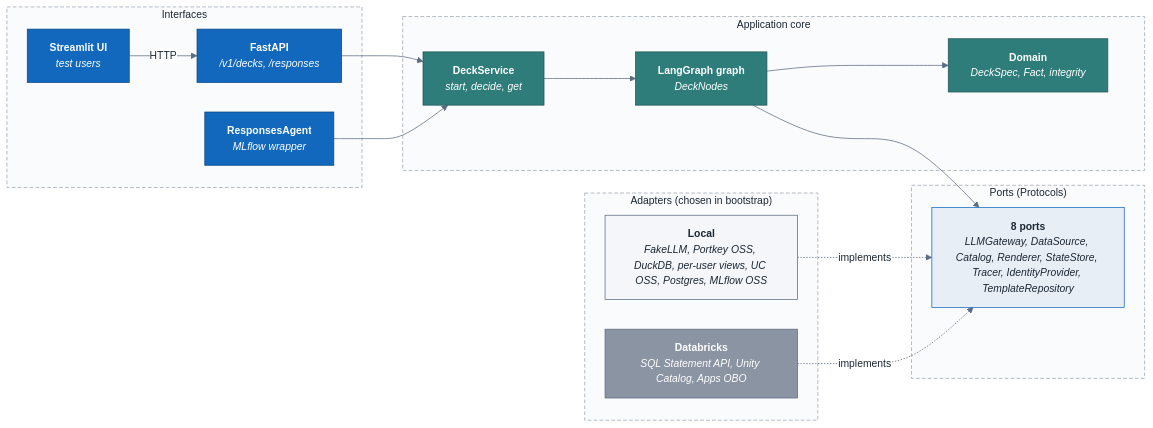
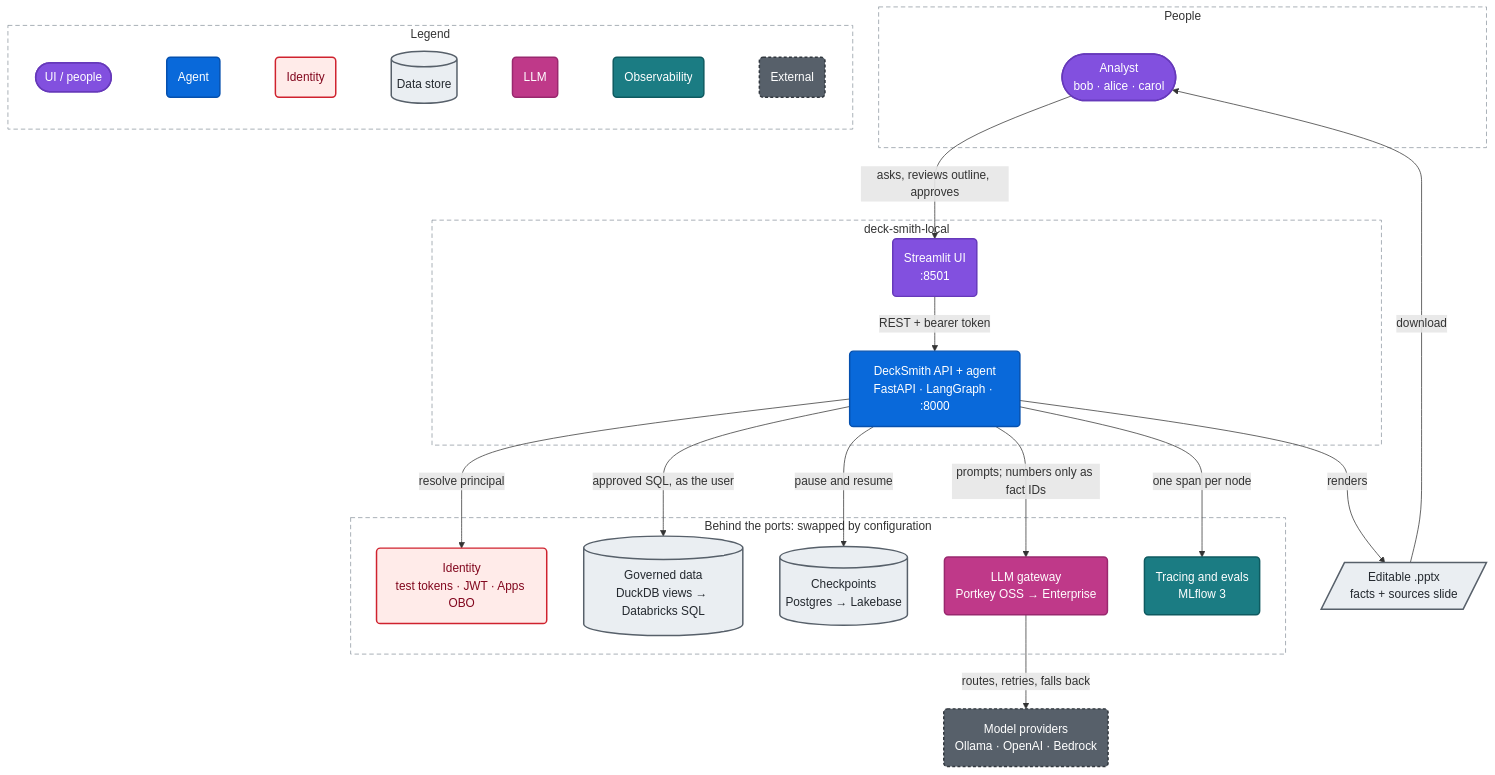
One commit to santoshshinde2012/deck-smith-local changed the first of 7 diagrams in ARCHITECTURE.md. Above: the diagram before and after it, drawn with Mermaid. The commit also changed other lines of this file and 9 other files, not shown here.

First line of the commit message:
docs: rewrite README and architecture diagrams with one semantic palette

````diff
--- a/ARCHITECTURE.md
+++ b/ARCHITECTURE.md
@@ -19,51 +41,56 @@
 ```mermaid
-%%{init: {"theme": "base", "fontFamily": "Helvetica, Arial, DejaVu Sans, sans-serif", "themeVariables": {"fontFamily": "Helvetica, Arial, DejaVu Sans, sans-serif", "fontSize": "14px", "primaryColor": "#F4F6F9", "primaryTextColor": "#1B2733", "primaryBorderColor": "#5B6B82", "lineColor": "#5B6B82", "clusterBkg": "#FAFBFC", "clusterBorder": "#9AA5B1", "edgeLabelBackground": "#FFFFFF"}, "flowchart": {"curve": "basis", "nodeSpacing": 40, "rankSpacing": 55}}}%%
-%% diagram: dsl-hexagon
-%% caption: Interfaces call the application core, which depends only on ports; local and Databricks adapters implement the same ports.
-flowchart LR
+%% diagram: system-context
+%% caption: System context. Analysts talk to the UI; the agent reaches governed data, models, state and tracing only through its ports.
+flowchart TB
+  subgraph PEOPLE["People"]
+    AN(["Analyst<br/>bob · alice · carol"]):::ui
+  end
 
-  subgraph IF["Interfaces"]
-    API["`**FastAPI**
-    _/v1/decks, /responses_`"]:::app
-    RA["`**ResponsesAgent**
-    _MLflow wrapper_`"]:::app
-    UI["`**Streamlit UI**
-    _test users_`"]:::app
+  subgraph SYS["deck-smith-local"]
+    UI("Streamlit UI<br/>:8501"):::ui
+    API("DeckSmith API + agent<br/>FastAPI · LangGraph · :8000"):::app
   end
-  subgraph CORE["Application core"]
-    SVC["`**DeckService**
-    _start, decide, get_`"]:::agent
-    G["`**LangGraph graph**
-    _DeckNodes_`"]:::agent
-    DOM["`**Domain**
-    _DeckSpec, Fact, integrity_`"]:::agent
+
+  subgraph DEPS["Behind the ports: swapped by configuration"]
+    IDP("Identity<br/>test tokens · JWT · Apps OBO"):::sec
+    DATA[("Governed data<br/>DuckDB views → Databricks SQL")]:::store
+    STATE[("Checkpoints<br/>Postgres → Lakebase")]:::store
+    GW("LLM gateway<br/>Portkey OSS → Enterprise"):::llm
+    OBS("Tracing and evals<br/>MLflow 3"):::obs
   end
-  subgraph PORTS["Ports (Protocols)"]
-    P["`**8 ports**
-    _LLMGateway, DataSource, Catalog, Renderer, StateStore, Tracer, IdentityProvider, TemplateRepository_`"]:::infra
+
+  MODELS("Model providers<br/>Ollama · OpenAI · Bedrock"):::ext
+  DECK[/"Editable .pptx<br/>facts + sources slide"/]:::store
+
+  AN -->|asks, reviews outline, approves| UI
+  UI -->|REST + bearer token| API
+  API -->|resolve principal| IDP
+  API -->|approved SQL, as the user| DATA
+  API -->|pause and resume| STATE
+  API -->|prompts; numbers only as fact IDs| GW
+  GW -->|routes, retries, falls back| MODELS
+  API -->|one span per node| OBS
+  API -->|renders| DECK
+  DECK -->|download| AN
+
+  subgraph LEGEND["Legend"]
+    direction LR
+    K1(["UI / people"]):::ui ~~~ K2("Agent"):::app ~~~ K3("Identity"):::sec ~~~ K4[("Data store")]:::store ~~~ K5("LLM"):::llm ~~~ K6("Observability"):::obs ~~~ K7("External"):::ext
   end
-  subgraph AD["Adapters (chosen in bootstrap)"]
-    LOC["`**Local**
-    _FakeLLM, Portkey OSS, DuckDB, per-user views, UC OSS, Postgres, MLflow OSS_`"]:::data
-    DBX["`**Databricks**
-    _SQL Statement API, Unity Catalog, Apps OBO_`"]:::external
-  end
-  API --> SVC
-  RA --> SVC
-  UI -->|HTTP| API
-  SVC --> G --> DOM
-  G --> P
-  LOC -. implements .-> P
-  DBX -. implements .-> P
-  classDef person fill:#08427B,stroke:#052E56,color:#FFFFFF
-  classDef app fill:#1168BD,stroke:#0B4884,color:#FFFFFF
-  classDef agent fill:#2E7D7A,stroke:#1F5654,color:#FFFFFF
-  classDef data fill:#F4F6F9,stroke:#5B6B82,color:#1B2733
-  classDef external fill:#8A94A3,stroke:#5B6B82,color:#FFFFFF
-  classDef security fill:#FFF4E5,stroke:#C77700,color:#1B2733
-  classDef infra fill:#E8EEF6,stroke:#1168BD,color:#1B2733
-  style IF fill:#FAFBFC,stroke:#9AA5B1,stroke-width:1px,stroke-dasharray:5 3,color:#1B2733
-  style CORE fill:#FAFBFC,stroke:#9AA5B1,stroke-width:1px,stroke-dasharray:5 3,color:#1B2733
-  style PORTS fill:#FAFBFC,stroke:#9AA5B1,stroke-width:1px,stroke-dasharray:5 3,color:#1B2733
-  style AD fill:#FAFBFC,stroke:#9AA5B1,stroke-width:1px,stroke-dasharray:5 3,color:#1B2733
+
+  classDef ui fill:#8250DF,stroke:#6639BA,stroke-width:2px,color:#FFFFFF
+  classDef app fill:#0969DA,stroke:#0550AE,stroke-width:2px,color:#FFFFFF
+  classDef core fill:#1A7F37,stroke:#116329,stroke-width:2px,color:#FFFFFF
+  classDef port fill:#FFF8C5,stroke:#9A6700,stroke-width:2px,color:#3B2300
+  classDef local fill:#DDF4FF,stroke:#0969DA,stroke-width:2px,color:#0A3069
+  classDef dbx fill:#FFF1E5,stroke:#BC4C00,stroke-width:2px,color:#762C00
+  classDef store fill:#EAEEF2,stroke:#57606A,stroke-width:2px,color:#24292F
+  classDef llm fill:#BF3989,stroke:#99286E,stroke-width:2px,color:#FFFFFF
+  classDef obs fill:#1B7C83,stroke:#0E5A60,stroke-width:2px,color:#FFFFFF
+  classDef ext fill:#57606A,stroke:#32383F,stroke-width:2px,color:#FFFFFF,stroke-dasharray:4 3
+  classDef sec fill:#FFEBE9,stroke:#CF222E,stroke-width:2px,color:#82071E
+  style PEOPLE fill:transparent,stroke:#8C959F,stroke-width:1px,stroke-dasharray:6 4
+  style SYS fill:transparent,stroke:#8C959F,stroke-width:1px,stroke-dasharray:6 4
+  style DEPS fill:transparent,stroke:#8C959F,stroke-width:1px,stroke-dasharray:6 4
+  style LEGEND fill:transparent,stroke:#8C959F,stroke-width:1px,stroke-dasharray:6 4
 ```
````
